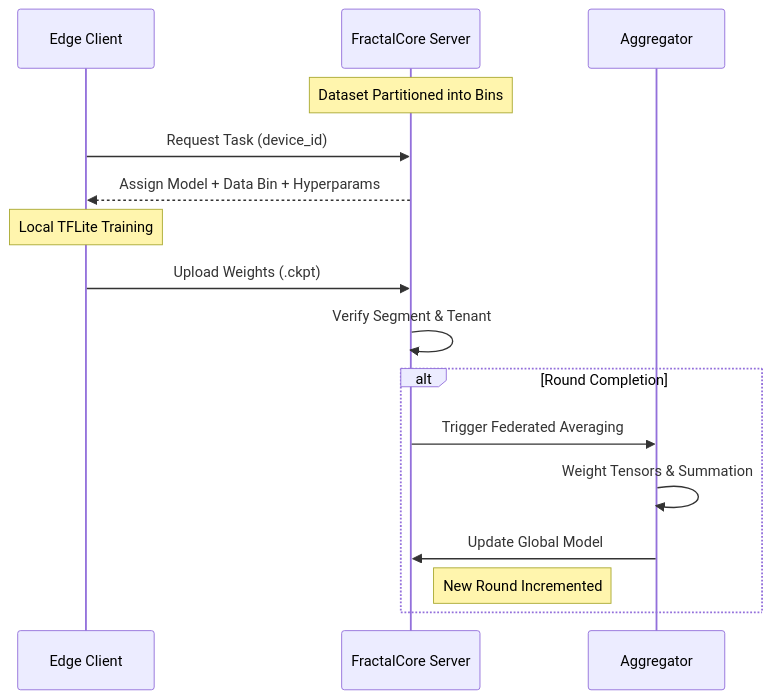
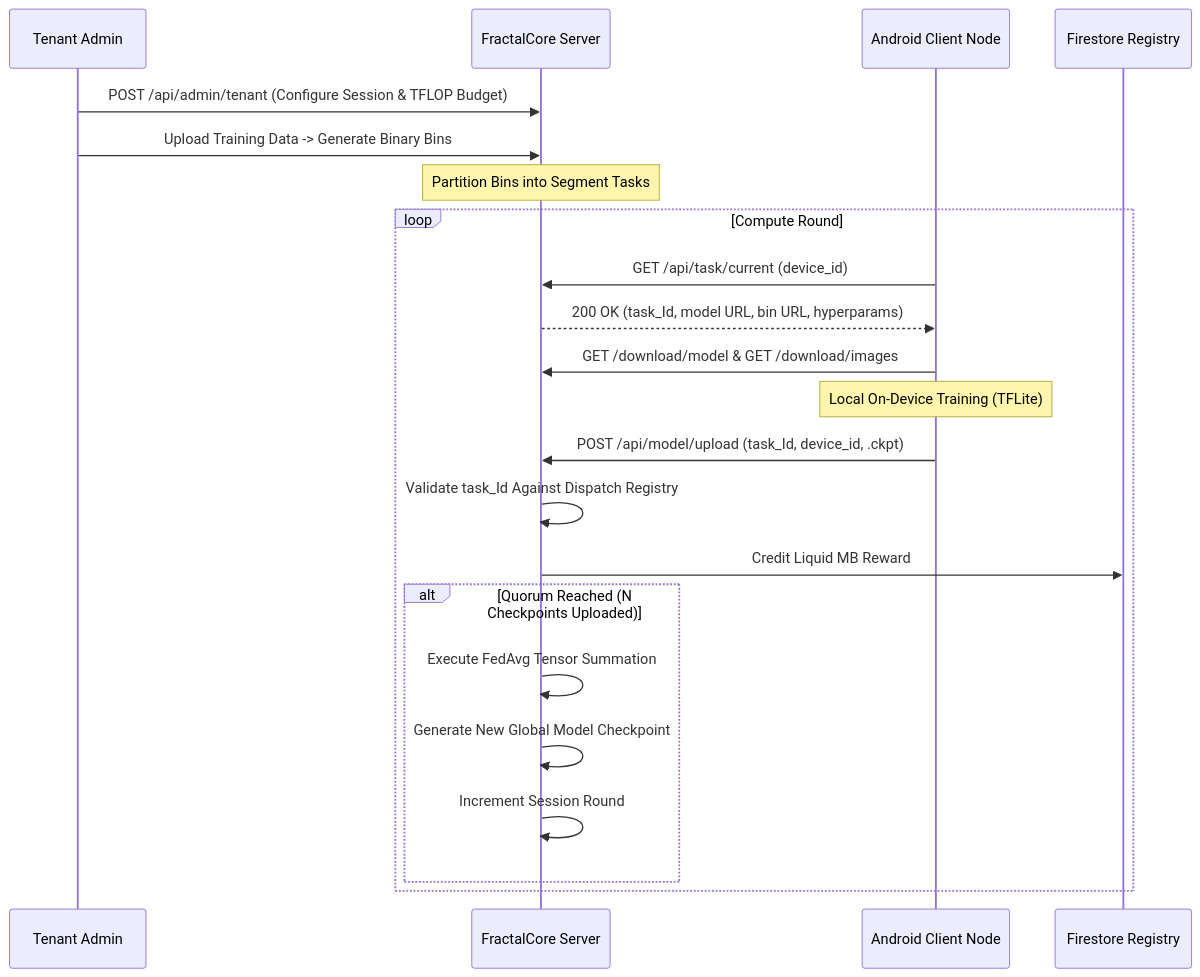
One commit to Fractal-Compute-Orchestrations/FractalCore changed the second of 2 diagrams in README.md. Above: the diagram before and after it, drawn with Mermaid. The commit also changed other lines of this file and 39 other files, not shown here.

````diff
--- a/README.md
+++ b/README.md
@@ -59,19 +97,26 @@
 ```mermaid
 sequenceDiagram
-    participant C as Edge Client
-    participant S as FractalCore Server
-    participant A as Aggregator
+    participant Admin as Tenant Admin
+    participant Core as FractalCore Server
+    participant Node as Android Client Node
+    participant Firestore as Firestore Registry
 
-    Note over S: Dataset Partitioned into Bins
-    C->>S: Request Task (device_id)
-    S-->>C: Assign Model + Data Bin + Hyperparams
-    Note over C: Local TFLite Training
-    C->>S: Upload Weights (.ckpt)
-    S->>S: Verify Segment & Tenant
-    alt Round Completion
-        S->>A: Trigger Federated Averaging
-        A->>A: Weight Tensors & Summation
-        A->>S: Update Global Model
-        Note right of S: New Round Incremented
+    Admin->>Core: POST /api/admin/tenant (Configure Session & TFLOP Budget)
+    Admin->>Core: Upload Training Data -> Generate Binary Bins
+    Note over Core: Partition Bins into Segment Tasks
+
+    loop Compute Round
+        Node->>Core: GET /api/task/current (device_id)
+        Core-->>Node: 200 OK (task_Id, model URL, bin URL, hyperparams)
+        Node->>Core: GET /download/model & GET /download/images
+        Note over Node: Local On-Device Training (TFLite)
+        Node->>Core: POST /api/model/upload (task_Id, device_id, .ckpt)
+        Core->>Core: Validate task_Id Against Dispatch Registry
+        Core->>Firestore: Credit Liquid MB Reward
+        alt Quorum Reached (N Checkpoints Uploaded)
+            Core->>Core: Execute FedAvg Tensor Summation
+            Core->>Core: Generate New Global Model Checkpoint
+            Core->>Core: Increment Session Round
+        end
     end
 ```
````
